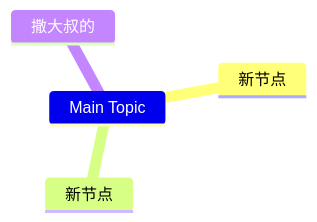
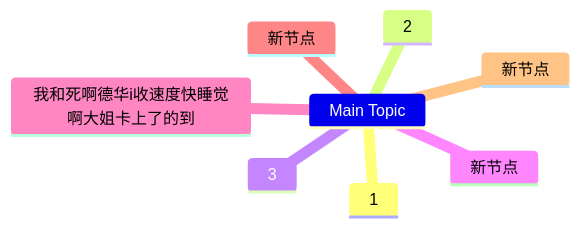
One commit to pingpm/mermaid_vault changed the diagram in mmd/123_fd577967-5106-494e-bdae-c0afb858c4be.mmd. Above: the diagram before and after it, drawn with Mermaid. The commit also changed 2 other files, not shown here.

Commit message:
Sync Mermaid Studio data (12 diagrams)

```diff
--- a/mmd/123_fd577967-5106-494e-bdae-c0afb858c4be.mmd
+++ b/mmd/123_fd577967-5106-494e-bdae-c0afb858c4be.mmd
@@ -1,5 +1,9 @@
 mindmap
   Main Topic
+    1
+    2
+    3
+    新节点
+    我和死啊德华i收速度快睡觉啊大姐卡上了的到
     新节点
     新节点
-    撒大叔的
```
